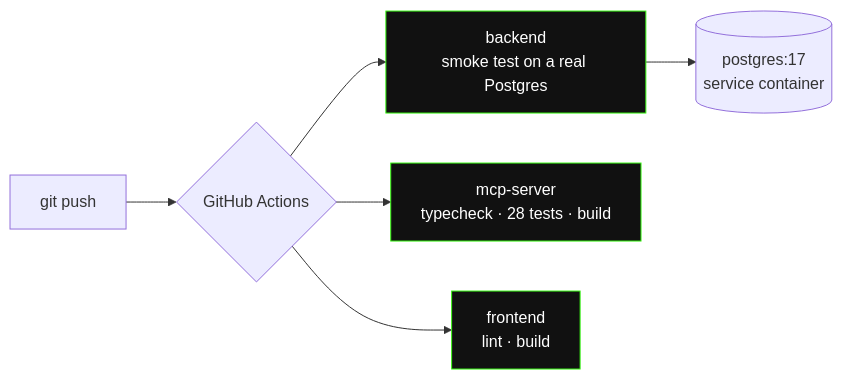
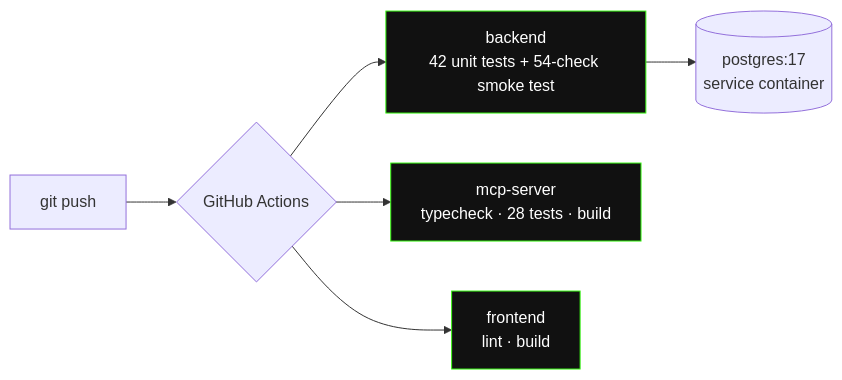
Before and after one commit to subhm2004/URL_Shortneer: the eighth of 8 diagrams in README.md, drawn with Mermaid. The commit also changed other lines of this file, not shown here.

````diff
--- a/README.md
+++ b/README.md
@@ -1140,12 +1142,12 @@
 ```mermaid
 graph LR
     Push["git push"] --> CI{"GitHub Actions"}
-    CI --> B["backend<br/>smoke test on a real Postgres"]
+    CI --> B["backend<br/>42 unit tests + 54-check smoke test"]
     CI --> M["mcp-server<br/>typecheck · 28 tests · build"]
     CI --> F["frontend<br/>lint · build"]
 
     B --> PG[("postgres:17<br/>service container")]
 
     classDef j fill:#111,stroke:#37f712,color:#fff
     class B,M,F j
 ```
````
